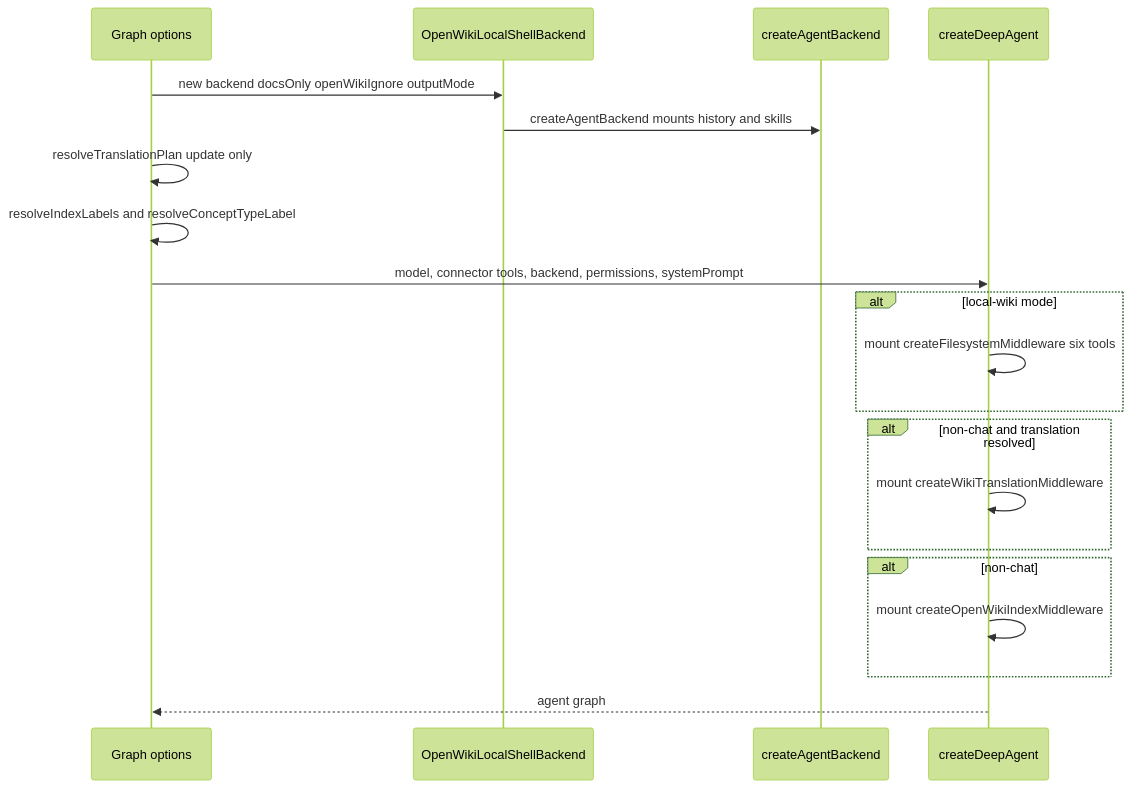
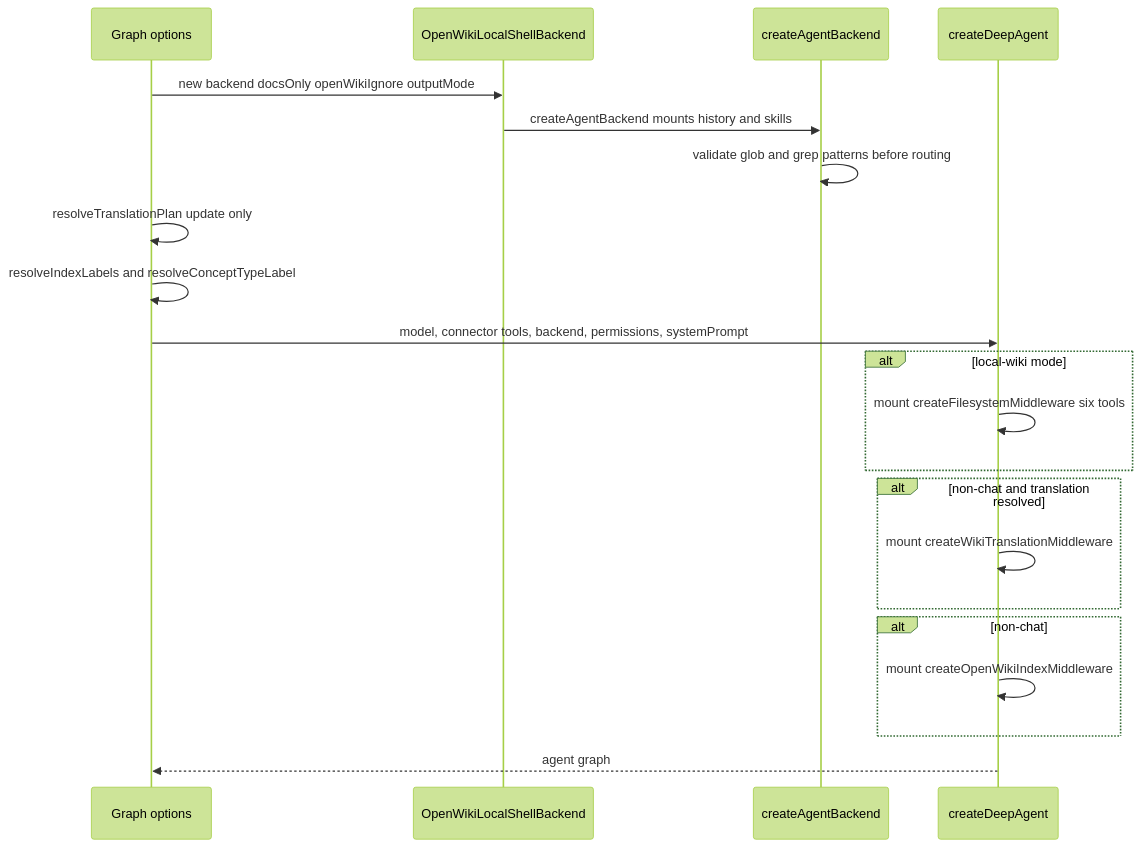
Before and after one commit to langchain-ai/openwiki: the third of 6 diagrams in openwiki/architecture/agent-runtime.md, drawn with Mermaid (forest theme). The commit also changed other lines of this file and 8 other files, not shown here.

````diff
--- a/openwiki/architecture/agent-runtime.md
+++ b/openwiki/architecture/agent-runtime.md
@@ -176,22 +184,23 @@
 ```mermaid
 sequenceDiagram
   participant Opts as Graph options
   participant Wiki as OpenWikiLocalShellBackend
   participant Composite as createAgentBackend
   participant DA as createDeepAgent
   Opts->>Wiki: new backend docsOnly openWikiIgnore outputMode
   Wiki->>Composite: createAgentBackend mounts history and skills
+  Composite->>Composite: validate glob and grep patterns before routing
   Opts->>Opts: resolveTranslationPlan update only
   Opts->>Opts: resolveIndexLabels and resolveConceptTypeLabel
   Opts->>DA: model, connector tools, backend, permissions, systemPrompt
   alt local-wiki mode
     DA->>DA: mount createFilesystemMiddleware six tools
   end
   alt non-chat and translation resolved
     DA->>DA: mount createWikiTranslationMiddleware
   end
   alt non-chat
     DA->>DA: mount createOpenWikiIndexMiddleware
   end
   DA-->>Opts: agent graph
 ```
````
